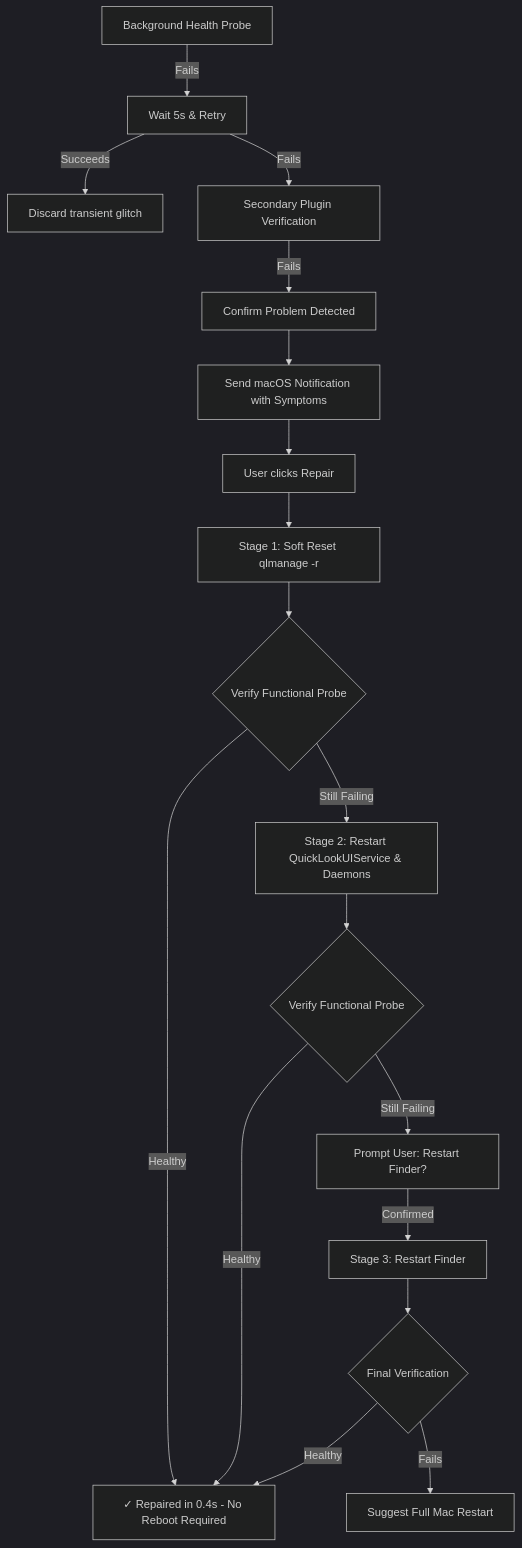
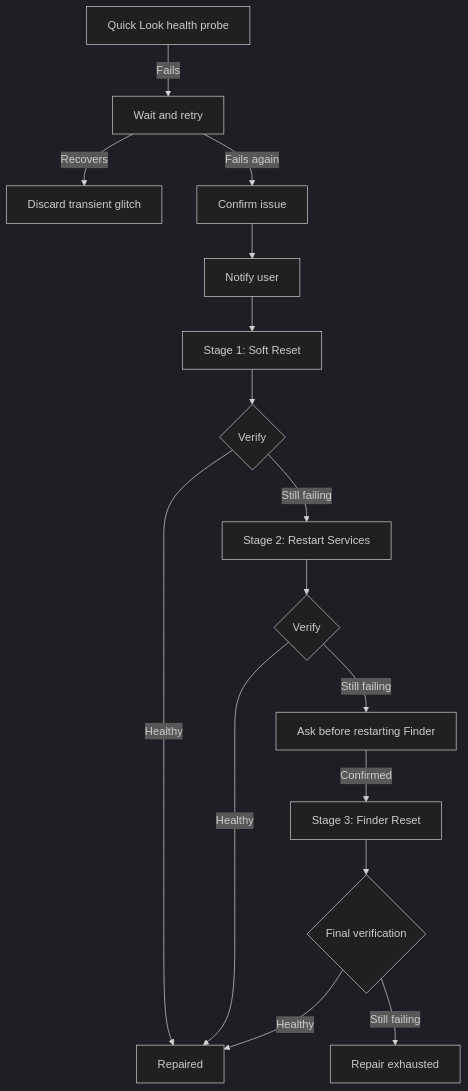
The diagram in README.md (Chaptiv/Rebootless), drawn with Mermaid (dark theme) before and after one commit. The commit also changed other lines of this file, not shown here.

````diff
--- a/README.md
+++ b/README.md
@@ -50,20 +226,18 @@
 ```mermaid
 graph TD
-    A[Background Health Probe] -->|Fails| B[Wait 5s & Retry]
-    B -->|Succeeds| C[Discard transient glitch]
-    B -->|Fails| D[Secondary Plugin Verification]
-    D -->|Fails| E[Confirm Problem Detected]
-    E --> F[Send macOS Notification with Symptoms]
-    F --> G[User clicks Repair]
-    G --> H[Stage 1: Soft Reset qlmanage -r]
-    H --> I{Verify Functional Probe}
-    I -->|Healthy| J[✓ Repaired in 0.4s - No Reboot Required]
-    I -->|Still Failing| K[Stage 2: Restart QuickLookUIService & Daemons]
-    K --> L{Verify Functional Probe}
-    L -->|Healthy| J
-    L -->|Still Failing| M[Prompt User: Restart Finder?]
-    M -->|Confirmed| N[Stage 3: Restart Finder]
-    N --> O{Final Verification}
-    O -->|Healthy| J
-    O -->|Fails| P[Suggest Full Mac Restart]
+    A[Quick Look health probe] -->|Fails| B[Wait and retry]
+    B -->|Recovers| C[Discard transient glitch]
+    B -->|Fails again| D[Confirm issue]
+    D --> E[Notify user]
+    E --> F[Stage 1: Soft Reset]
+    F --> G{Verify}
+    G -->|Healthy| H[Repaired]
+    G -->|Still failing| I[Stage 2: Restart Services]
+    I --> J{Verify}
+    J -->|Healthy| H
+    J -->|Still failing| K[Ask before restarting Finder]
+    K -->|Confirmed| L[Stage 3: Finder Reset]
+    L --> M{Final verification}
+    M -->|Healthy| H
+    M -->|Still failing| N[Repair exhausted]
 ```
````
